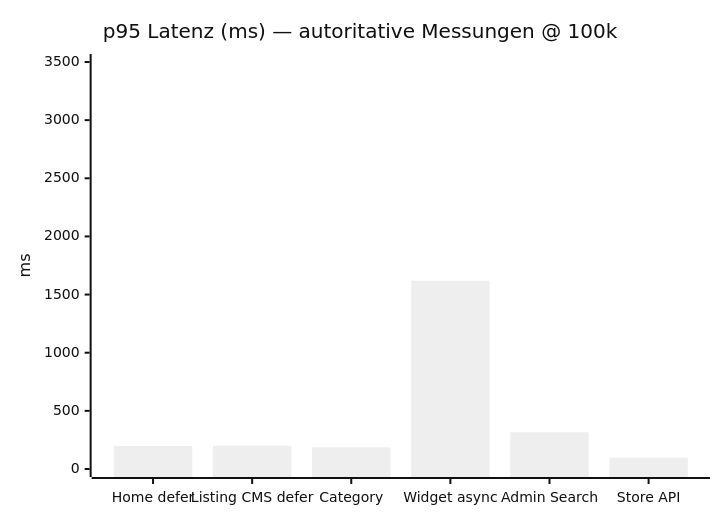
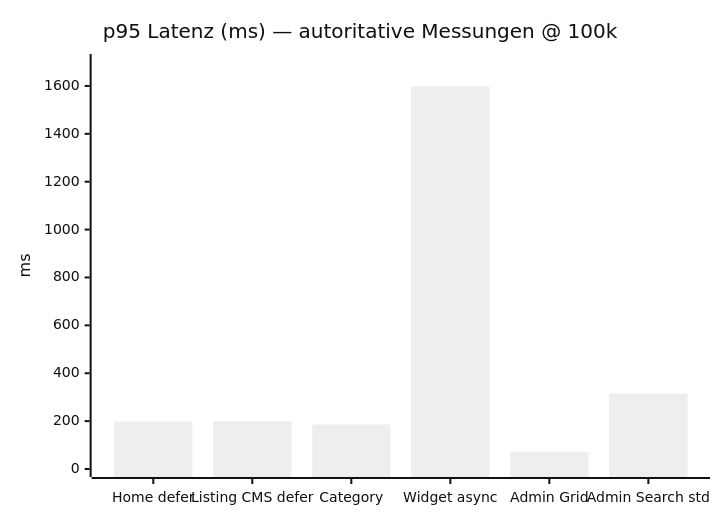
One commit to sthamann/shopware-autoresearch changed the first of 5 diagrams in RESEARCH_RESULTS.md. Above: the diagram before and after it, drawn with Mermaid (neutral theme). The commit also changed other lines of this file and 18 other files, not shown here.

First line of the commit message:
Wave 6: query-only admin grid search verified at 71 ms p95.

````diff
--- a/RESEARCH_RESULTS.md
+++ b/RESEARCH_RESULTS.md
@@ -110,7 +110,7 @@
 ```mermaid
 xychart-beta
     title "p95 Latenz (ms) — autoritative Messungen @ 100k"
-    x-axis ["Home defer", "Listing CMS defer", "Category", "Widget async", "Admin Search", "Store API"]
-    y-axis "ms" 0 --> 3500
-    bar [199, 200, 186, 1620, 316, 97]
+    x-axis ["Home defer", "Listing CMS defer", "Category", "Widget async", "Admin Grid", "Admin Search std"]
+    y-axis "ms" 0 --> 1700
+    bar [199, 200, 186, 1598, 71, 316]
 ```
````
